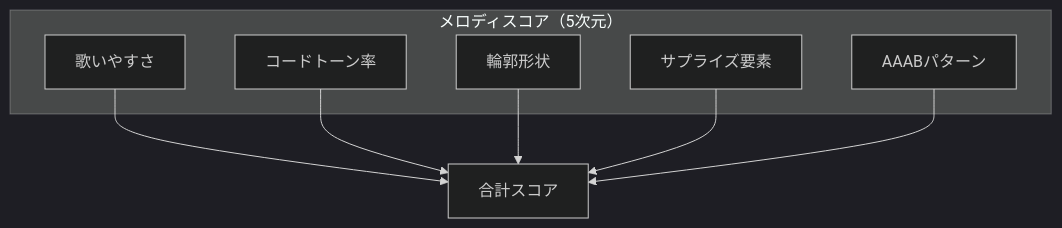
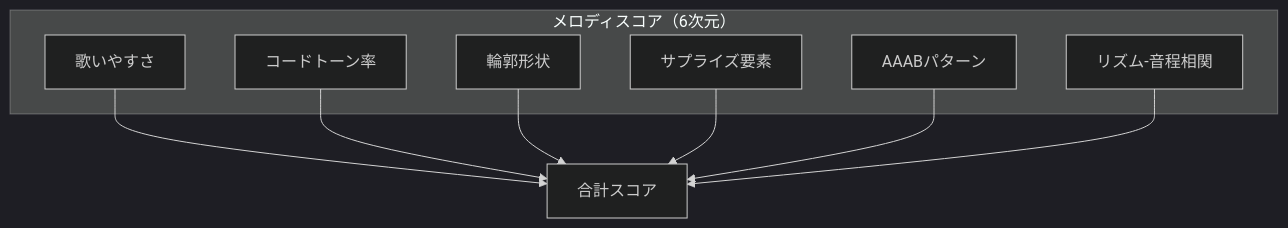
Before and after one commit to libraz/midi-sketch-homepage: the third of 4 diagrams in src/ja/docs/melody-evaluation.md, drawn with Mermaid (dark theme). The commit also changed other lines of this file and 9 other files, not shown here.

````diff
--- a/src/ja/docs/melody-evaluation.md
+++ b/src/ja/docs/melody-evaluation.md
@@ -88,16 +88,18 @@
 ```mermaid
 flowchart TB
-    subgraph Scoring ["メロディスコア（5次元）"]
+    subgraph Scoring ["メロディスコア（6次元）"]
         S1[歌いやすさ]
         S2[コードトーン率]
         S3[輪郭形状]
         S4[サプライズ要素]
         S5[AAABパターン]
+        S6[リズム-音程相関]
     end
 
     S1 --> T[合計スコア]
     S2 --> T
     S3 --> T
     S4 --> T
     S5 --> T
+    S6 --> T
 ```
````
